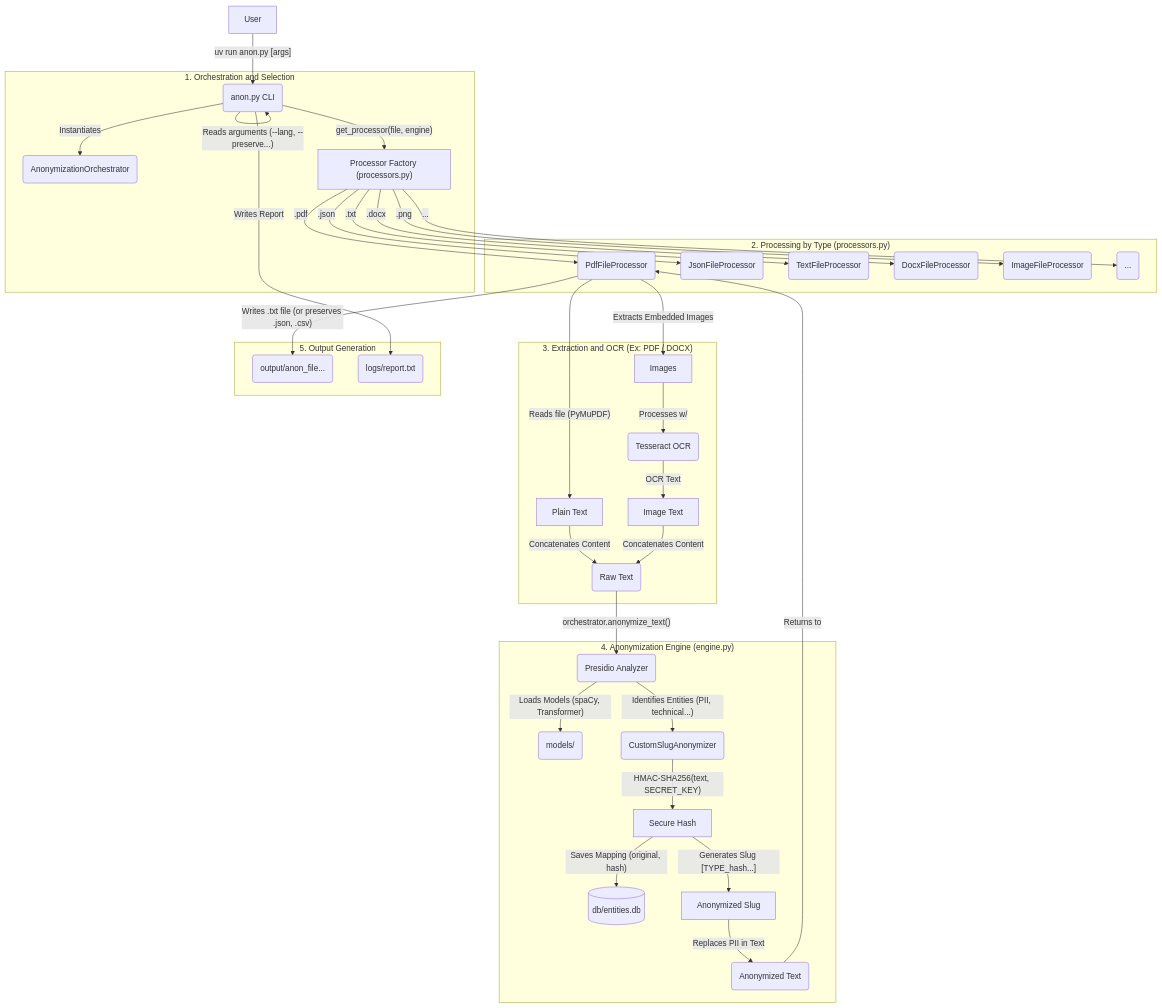
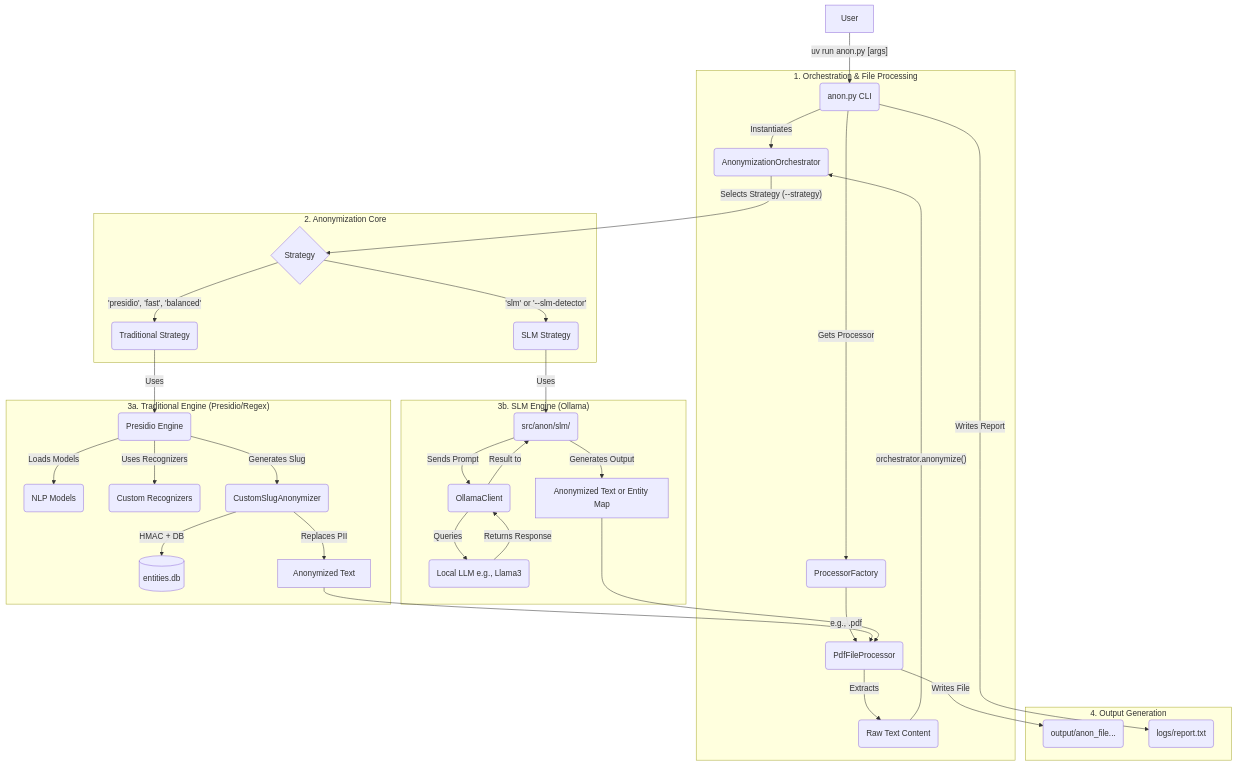
Before and after one commit to AnonShield/anonshield: the diagram in README.md, drawn with Mermaid. The commit also changed other lines of this file and 13 other files, not shown here.

````diff
--- a/README.md
+++ b/README.md
@@ -37,44 +38,45 @@
 ```mermaid
-%% Anonymization Architecture Flow (AnonLFI 2.0)
+%% Anonymization Architecture Flow (AnonLFI 2.0 with SLM)
 graph TD
     A[User] -- "uv run anon.py <file> [args]" --> B(anon.py CLI);
 
-    subgraph "1. Orchestration and Selection"
-        B -- "Reads arguments (--lang, --preserve...)" --> B;
-        B -- "Instantiates" --> Eng(AnonymizationOrchestrator);
-        B -- "get_processor(file, engine)" --> F["Processor Factory (processors.py)"];
+    subgraph "1. Orchestration & File Processing"
+        B -- "Instantiates" --> Orch(AnonymizationOrchestrator);
+        B -- "Gets Processor" --> F(ProcessorFactory);
+        F -- "e.g., .pdf" --> P_PDF(PdfFileProcessor);
+        P_PDF -- "Extracts" --> RawText(Raw Text Content);
     end
 
-    subgraph "2. Processing by Type (processors.py)"
-        F -- ".pdf" --> P_PDF(PdfFileProcessor);
-        F -- ".json" --> P_JSON(JsonFileProcessor);
-        F -- ".txt" --> P_TXT(TextFileProcessor);
-        F -- ".docx" --> P_DOCX(DocxFileProcessor);
-        F -- ".png" --> P_IMG(ImageFileProcessor);
-        F -- "..." --> P_ETC(...);
+    subgraph "2. Anonymization Core"
+        RawText -- "orchestrator.anonymize()" --> Orch;
+        Orch -- "Selects Strategy (--strategy)" --> STR_CHOICE{Strategy};
+        
+        STR_CHOICE -- "'presidio', 'fast', 'balanced'" --> PRESIDIO_STR(Traditional Strategy);
+        STR_CHOICE -- "'slm' or '--slm-detector'" --> SLM_STR(SLM Strategy);
     end
 
-    subgraph "3. Extraction and OCR (Ex: PDF / DOCX)"
-        P_PDF -- "Reads file (PyMuPDF)" --> T1[Plain Text];
-        P_PDF -- "Extracts Embedded Images" --> IMG[Images];
-        IMG -- "Processes w/" --> OCR(Tesseract OCR);
-        OCR -- "OCR Text" --> T2[Image Text];
-        T1 & T2 -- "Concatenates Content" --> TXT_BRUTO(Raw Text);
+    subgraph "3a. Traditional Engine (Presidio/Regex)"
+        PRESIDIO_STR -- "Uses" --> Presidio(Presidio Engine);
+        Presidio -- "Loads Models" --> Models(NLP Models);
+        Presidio -- "Uses Recognizers" --> Regex(Custom Recognizers);
+        Presidio -- "Generates Slug" --> Anonymizer(CustomSlugAnonymizer);
+        Anonymizer -- "HMAC + DB" --> DB[(entities.db)];
+        Anonymizer -- "Replaces PII" --> AnonymizedText1[Anonymized Text];
     end
 
-    subgraph "4. Anonymization Engine (engine.py)"
-        TXT_BRUTO -- "orchestrator.anonymize_text()" --> ENG_A(Presidio Analyzer);
-        ENG_A -- "Loads Models (spaCy, Transformer)" --> MOD(models/);
-        ENG_A -- "Identifies Entities (PII, technical...)" --> ENG_B(CustomSlugAnonymizer);
-        ENG_B -- "HMAC-SHA256(text, SECRET_KEY)" --> HASH[Secure Hash];
-        HASH -- "Saves Mapping (original, hash)" --> DB[(db/entities.db)];
-        HASH -- "Generates Slug [TYPE_hash...]" --> SLUG[Anonymized Slug];
-        SLUG -- "Replaces PII in Text" --> TXT_ANON(Anonymized Text);
+    subgraph "3b. SLM Engine (Ollama)"
+        SLM_STR -- "Uses" --> SLM_MOD(src/anon/slm/);
+        SLM_MOD -- "Sends Prompt" --> Client(OllamaClient);
+        Client -- "Queries" --> SLM_LLM(Local LLM e.g., Llama3);
+        SLM_LLM -- "Returns Response" --> Client;
+        Client -- "Result to" --> SLM_MOD;
+        SLM_MOD -- "Generates Output" --> AnonymizedText2[Anonymized Text or Entity Map];
     end
 
-    subgraph "5. Output Generation"
-        TXT_ANON -- "Returns to" --> P_PDF;
-        P_PDF -- "Writes .txt file (or preserves .json, .csv)" --> OUT(output/anon_file...);
+    subgraph "4. Output Generation"
+        AnonymizedText1 --> P_PDF;
+        AnonymizedText2 --> P_PDF;
+        P_PDF -- "Writes File" --> OUT(output/anon_file...);
         B -- "Writes Report" --> LOG(logs/report.txt);
     end
 ```
````
